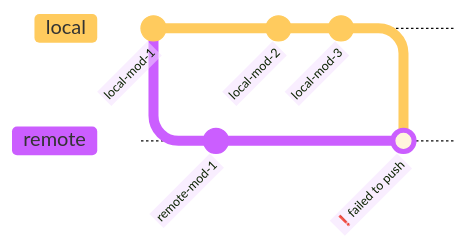
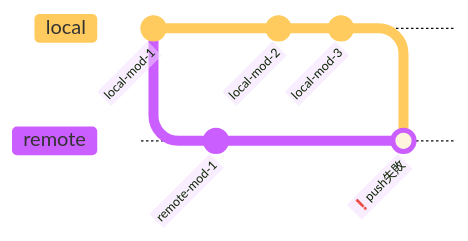
Before and after one commit to OhGoshGit/OhGoshGit.github.io: the first of 3 diagrams in language/jp/posts-jp/2024-07-18-cannot-push-to-remote-branch/index.qmd, drawn with Mermaid. The commit also changed other lines of this file and 4 other files, not shown here.

````diff
--- a/language/jp/posts-jp/2024-07-18-cannot-push-to-remote-branch/index.qmd
+++ b/language/jp/posts-jp/2024-07-18-cannot-push-to-remote-branch/index.qmd
@@ -41,15 +39,15 @@
 ```{mermaid}
-%%| fig-cap: Fig 1. Conflict between the local and the remote
+%%| fig-cap: 図1. ローカルとリモートのコンフリクト
 %%{init: { 'logLevel': 'debug', 'theme': 'base', 
             'gitGraph': {'rotateCommitLabel': true,
                          'mainBranchName': 'local'}}}%%
     gitGraph
        commit id: "local-mod-1"
        branch remote
        commit id: "remote-mod-1"
        checkout local
        commit id: "local-mod-2"
        commit id: "local-mod-3"
        checkout remote
-       merge local id:"❗️failed to push"
+       merge local id:"❗️push失敗"
 ```
````
